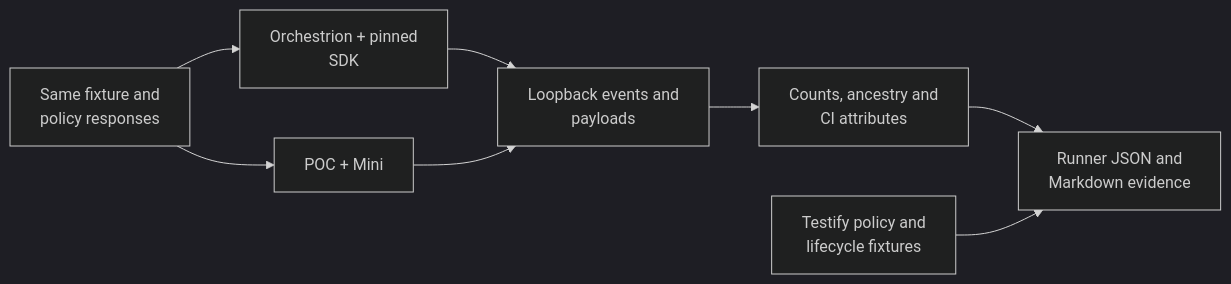
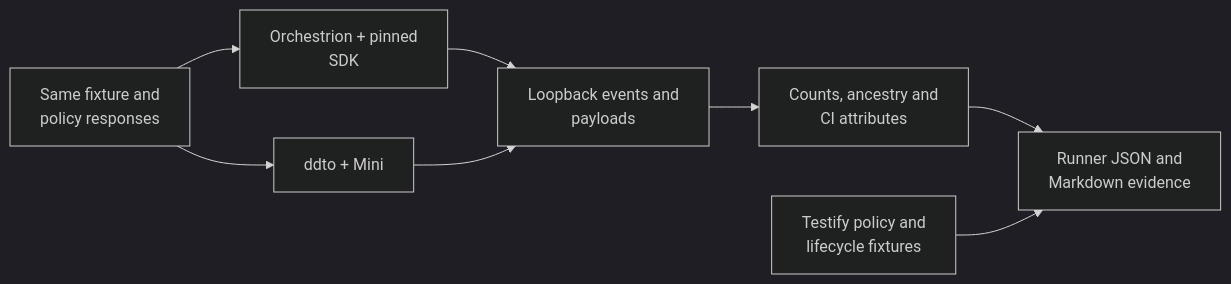
One commit to DataDog/ddtest changed the diagram in ddto/docs/ci-parity.md. Above: the diagram before and after it, drawn with Mermaid (dark theme). The commit also changed other lines of this file and 15 other files, not shown here.

````diff
--- a/ddto/docs/ci-parity.md
+++ b/ddto/docs/ci-parity.md
@@ -32,10 +32,10 @@
 ```mermaid
 flowchart LR
     Fixture["Same fixture and<br/>policy responses"] --> SDK["Orchestrion + pinned<br/>SDK"]
-    Fixture --> Mini["POC + Mini"]
+    Fixture --> Mini["ddto + Mini"]
     SDK --> Capture["Loopback events and<br/>payloads"]
     Mini --> Capture
     Capture --> Compare["Counts, ancestry and<br/>CI attributes"]
     Compare --> Report["Runner JSON and<br/>Markdown evidence"]
     Testify["Testify policy and<br/>lifecycle fixtures"] --> Report
 ```
````
